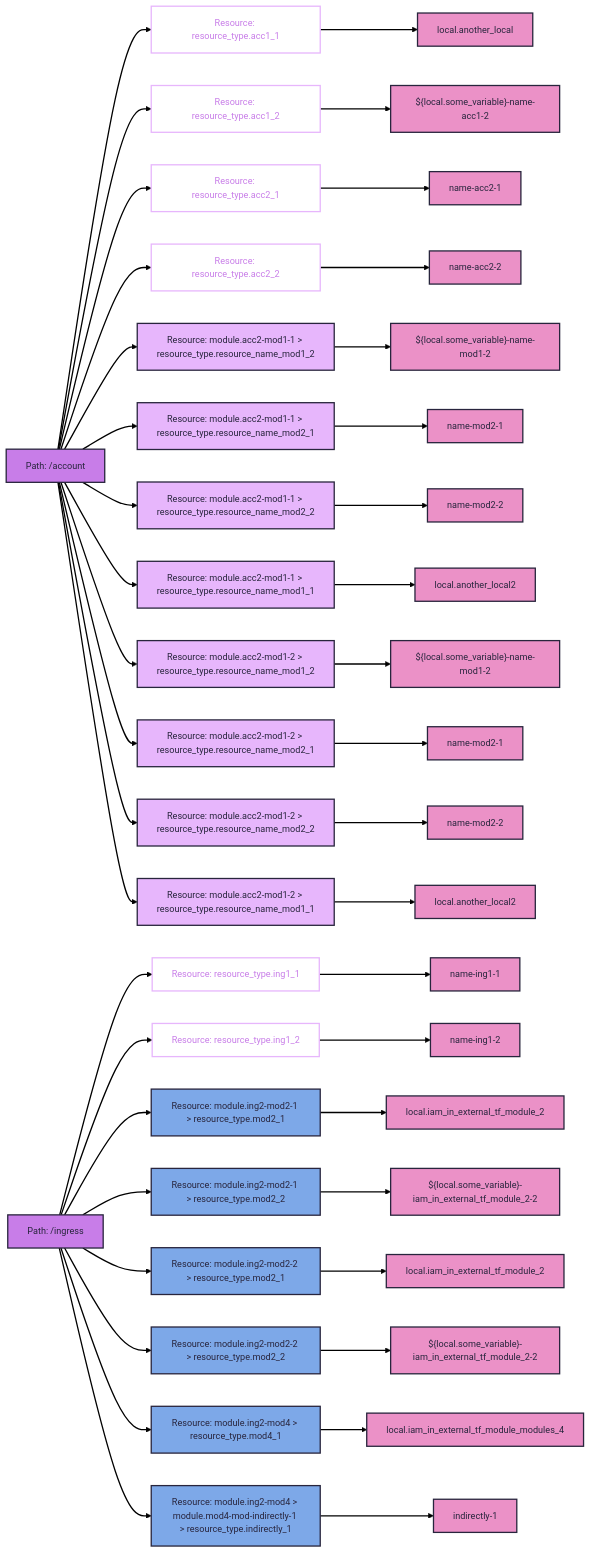
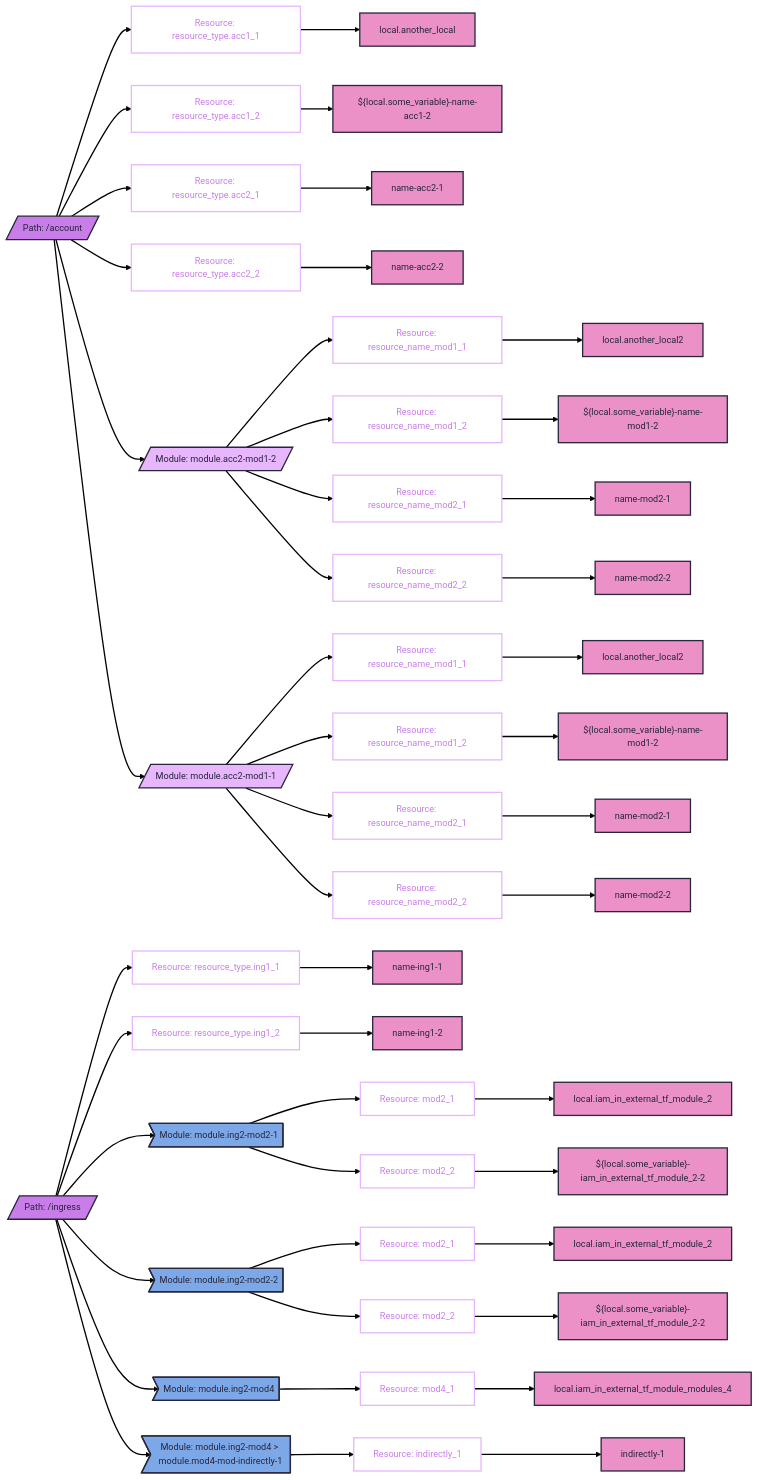
One commit to keenbytes/tfsketch changed the diagram in output.mmd. Above: the diagram before and after it, drawn with Mermaid. The commit also changed 1 other file, not shown here.

Commit message:
Separate modules from resources to see how that works

```diff
--- a/output.mmd
+++ b/output.mmd
@@ -1,30 +1,36 @@
 ---
 config:
   theme: redux
 ---
 flowchart LR
   classDef tf-path fill:#c87de8
   classDef tf-resource-name stroke:#e7b6fc,color:#c87de8
   classDef tf-resource-name-int-mod fill:#e7b6fc
   classDef tf-resource-name-ext-mod fill:#7da8e8
   classDef tf-resource-field-name fill:#eb91c7
-  account["Path: /account"]:::tf-path --> account___acc11["Resource: resource_type.acc1_1"]:::tf-resource-name --> account___acc11___FieldName["local.another_local"]:::tf-resource-field-name
-  account["Path: /account"]:::tf-path --> account___acc12["Resource: resource_type.acc1_2"]:::tf-resource-name --> account___acc12___FieldName["${local.some_variable}-name-acc1-2"]:::tf-resource-field-name
-  account["Path: /account"]:::tf-path --> account___acc21["Resource: resource_type.acc2_1"]:::tf-resource-name --> account___acc21___FieldName["name-acc2-1"]:::tf-resource-field-name
-  account["Path: /account"]:::tf-path --> account___acc22["Resource: resource_type.acc2_2"]:::tf-resource-name --> account___acc22___FieldName["name-acc2-2"]:::tf-resource-field-name
-  account["Path: /account"]:::tf-path --> account___mod___accountmodulesmodule1___acc2mod11___resourcenamemod12["Resource: module.acc2-mod1-1 > resource_type.resource_name_mod1_2"]:::tf-resource-name-int-mod --> account___mod___accountmodulesmodule1___acc2mod11___resourcenamemod12___FieldName["${local.some_variable}-name-mod1-2"]:::tf-resource-field-name
-  account["Path: /account"]:::tf-path --> account___mod___accountmodulesmodule1___acc2mod11___resourcenamemod21["Resource: module.acc2-mod1-1 > resource_type.resource_name_mod2_1"]:::tf-resource-name-int-mod --> account___mod___accountmodulesmodule1___acc2mod11___resourcenamemod21___FieldName["name-mod2-1"]:::tf-resource-field-name
-  account["Path: /account"]:::tf-path --> account___mod___accountmodulesmodule1___acc2mod11___resourcenamemod22["Resource: module.acc2-mod1-1 > resource_type.resource_name_mod2_2"]:::tf-resource-name-int-mod --> account___mod___accountmodulesmodule1___acc2mod11___resourcenamemod22___FieldName["name-mod2-2"]:::tf-resource-field-name
-  account["Path: /account"]:::tf-path --> account___mod___accountmodulesmodule1___acc2mod11___resourcenamemod11["Resource: module.acc2-mod1-1 > resource_type.resource_name_mod1_1"]:::tf-resource-name-int-mod --> account___mod___accountmodulesmodule1___acc2mod11___resourcenamemod11___FieldName["local.another_local2"]:::tf-resource-field-name
-  account["Path: /account"]:::tf-path --> account___mod___accountmodulesmodule1___acc2mod12___resourcenamemod12["Resource: module.acc2-mod1-2 > resource_type.resource_name_mod1_2"]:::tf-resource-name-int-mod --> account___mod___accountmodulesmodule1___acc2mod12___resourcenamemod12___FieldName["${local.some_variable}-name-mod1-2"]:::tf-resource-field-name
-  account["Path: /account"]:::tf-path --> account___mod___accountmodulesmodule1___acc2mod12___resourcenamemod21["Resource: module.acc2-mod1-2 > resource_type.resource_name_mod2_1"]:::tf-resource-name-int-mod --> account___mod___accountmodulesmodule1___acc2mod12___resourcenamemod21___FieldName["name-mod2-1"]:::tf-resource-field-name
-  account["Path: /account"]:::tf-path --> account___mod___accountmodulesmodule1___acc2mod12___resourcenamemod22["Resource: module.acc2-mod1-2 > resource_type.resource_name_mod2_2"]:::tf-resource-name-int-mod --> account___mod___accountmodulesmodule1___acc2mod12___resourcenamemod22___FieldName["name-mod2-2"]:::tf-resource-field-name
-  account["Path: /account"]:::tf-path --> account___mod___accountmodulesmodule1___acc2mod12___resourcenamemod11["Resource: module.acc2-mod1-2 > resource_type.resource_name_mod1_1"]:::tf-resource-name-int-mod --> account___mod___accountmodulesmodule1___acc2mod12___resourcenamemod11___FieldName["local.another_local2"]:::tf-resource-field-name
-  ingress["Path: /ingress"]:::tf-path --> ingress___ing11["Resource: resource_type.ing1_1"]:::tf-resource-name --> ingress___ing11___FieldName["name-ing1-1"]:::tf-resource-field-name
-  ingress["Path: /ingress"]:::tf-path --> ingress___ing12["Resource: resource_type.ing1_2"]:::tf-resource-name --> ingress___ing12___FieldName["name-ing1-2"]:::tf-resource-field-name
-  ingress["Path: /ingress"]:::tf-path --> ingress___mod___root___ing2mod21___mod21["Resource: module.ing2-mod2-1 > resource_type.mod2_1"]:::tf-resource-name-ext-mod --> ingress___mod___root___ing2mod21___mod21___FieldName["local.iam_in_external_tf_module_2"]:::tf-resource-field-name
-  ingress["Path: /ingress"]:::tf-path --> ingress___mod___root___ing2mod21___mod22["Resource: module.ing2-mod2-1 > resource_type.mod2_2"]:::tf-resource-name-ext-mod --> ingress___mod___root___ing2mod21___mod22___FieldName["${local.some_variable}-iam_in_external_tf_module_2-2"]:::tf-resource-field-name
-  ingress["Path: /ingress"]:::tf-path --> ingress___mod___root___ing2mod22___mod21["Resource: module.ing2-mod2-2 > resource_type.mod2_1"]:::tf-resource-name-ext-mod --> ingress___mod___root___ing2mod22___mod21___FieldName["local.iam_in_external_tf_module_2"]:::tf-resource-field-name
-  ingress["Path: /ingress"]:::tf-path --> ingress___mod___root___ing2mod22___mod22["Resource: module.ing2-mod2-2 > resource_type.mod2_2"]:::tf-resource-name-ext-mod --> ingress___mod___root___ing2mod22___mod22___FieldName["${local.some_variable}-iam_in_external_tf_module_2-2"]:::tf-resource-field-name
-  ingress["Path: /ingress"]:::tf-path --> ingress___mod___root___ing2mod4___mod41["Resource: module.ing2-mod4 > resource_type.mod4_1"]:::tf-resource-name-ext-mod --> ingress___mod___root___ing2mod4___mod41___FieldName["local.iam_in_external_tf_module_modules_4"]:::tf-resource-field-name
-  ingress["Path: /ingress"]:::tf-path --> ingress___mod___root___ing2mod4___mod4modindirectly1___indirectly1["Resource: module.ing2-mod4 > module.mod4-mod-indirectly-1 > resource_type.indirectly_1"]:::tf-resource-name-ext-mod --> ingress___mod___root___ing2mod4___mod4modindirectly1___indirectly1___FieldName["indirectly-1"]:::tf-resource-field-name
+  account[/"Path: /account"/]:::tf-path --> account___acc11["Resource: resource_type.acc1_1"]:::tf-resource-name --> account___acc11___FieldName["local.another_local"]:::tf-resource-field-name
+  account[/"Path: /account"/]:::tf-path --> account___acc12["Resource: resource_type.acc1_2"]:::tf-resource-name --> account___acc12___FieldName["${local.some_variable}-name-acc1-2"]:::tf-resource-field-name
+  account[/"Path: /account"/]:::tf-path --> account___acc21["Resource: resource_type.acc2_1"]:::tf-resource-name --> account___acc21___FieldName["name-acc2-1"]:::tf-resource-field-name
+  account[/"Path: /account"/]:::tf-path --> account___acc22["Resource: resource_type.acc2_2"]:::tf-resource-name --> account___acc22___FieldName["name-acc2-2"]:::tf-resource-field-name
+  account[/"Path: /account"/]:::tf-path --> account___mod___accountmodulesmodule1___acc2mod12[/"Module: module.acc2-mod1-2"/]:::tf-resource-name-int-mod
+  account___mod___accountmodulesmodule1___acc2mod12[/"Module: module.acc2-mod1-2"/]:::tf-resource-name-int-mod --> account___mod___accountmodulesmodule1___acc2mod12___resourcenamemod11["Resource: resource_name_mod1_1"]:::tf-resource-name --> account___mod___accountmodulesmodule1___acc2mod12___resourcenamemod11___FieldName["local.another_local2"]:::tf-resource-field-name
+  account___mod___accountmodulesmodule1___acc2mod12[/"Module: module.acc2-mod1-2"/]:::tf-resource-name-int-mod --> account___mod___accountmodulesmodule1___acc2mod12___resourcenamemod12["Resource: resource_name_mod1_2"]:::tf-resource-name --> account___mod___accountmodulesmodule1___acc2mod12___resourcenamemod12___FieldName["${local.some_variable}-name-mod1-2"]:::tf-resource-field-name
+  account___mod___accountmodulesmodule1___acc2mod12[/"Module: module.acc2-mod1-2"/]:::tf-resource-name-int-mod --> account___mod___accountmodulesmodule1___acc2mod12___resourcenamemod21["Resource: resource_name_mod2_1"]:::tf-resource-name --> account___mod___accountmodulesmodule1___acc2mod12___resourcenamemod21___FieldName["name-mod2-1"]:::tf-resource-field-name
+  account___mod___accountmodulesmodule1___acc2mod12[/"Module: module.acc2-mod1-2"/]:::tf-resource-name-int-mod --> account___mod___accountmodulesmodule1___acc2mod12___resourcenamemod22["Resource: resource_name_mod2_2"]:::tf-resource-name --> account___mod___accountmodulesmodule1___acc2mod12___resourcenamemod22___FieldName["name-mod2-2"]:::tf-resource-field-name
+  account[/"Path: /account"/]:::tf-path --> account___mod___accountmodulesmodule1___acc2mod11[/"Module: module.acc2-mod1-1"/]:::tf-resource-name-int-mod
+  account___mod___accountmodulesmodule1___acc2mod11[/"Module: module.acc2-mod1-1"/]:::tf-resource-name-int-mod --> account___mod___accountmodulesmodule1___acc2mod11___resourcenamemod11["Resource: resource_name_mod1_1"]:::tf-resource-name --> account___mod___accountmodulesmodule1___acc2mod11___resourcenamemod11___FieldName["local.another_local2"]:::tf-resource-field-name
+  account___mod___accountmodulesmodule1___acc2mod11[/"Module: module.acc2-mod1-1"/]:::tf-resource-name-int-mod --> account___mod___accountmodulesmodule1___acc2mod11___resourcenamemod12["Resource: resource_name_mod1_2"]:::tf-resource-name --> account___mod___accountmodulesmodule1___acc2mod11___resourcenamemod12___FieldName["${local.some_variable}-name-mod1-2"]:::tf-resource-field-name
+  account___mod___accountmodulesmodule1___acc2mod11[/"Module: module.acc2-mod1-1"/]:::tf-resource-name-int-mod --> account___mod___accountmodulesmodule1___acc2mod11___resourcenamemod21["Resource: resource_name_mod2_1"]:::tf-resource-name --> account___mod___accountmodulesmodule1___acc2mod11___resourcenamemod21___FieldName["name-mod2-1"]:::tf-resource-field-name
+  account___mod___accountmodulesmodule1___acc2mod11[/"Module: module.acc2-mod1-1"/]:::tf-resource-name-int-mod --> account___mod___accountmodulesmodule1___acc2mod11___resourcenamemod22["Resource: resource_name_mod2_2"]:::tf-resource-name --> account___mod___accountmodulesmodule1___acc2mod11___resourcenamemod22___FieldName["name-mod2-2"]:::tf-resource-field-name
+  ingress[/"Path: /ingress"/]:::tf-path --> ingress___ing11["Resource: resource_type.ing1_1"]:::tf-resource-name --> ingress___ing11___FieldName["name-ing1-1"]:::tf-resource-field-name
+  ingress[/"Path: /ingress"/]:::tf-path --> ingress___ing12["Resource: resource_type.ing1_2"]:::tf-resource-name --> ingress___ing12___FieldName["name-ing1-2"]:::tf-resource-field-name
+  ingress[/"Path: /ingress"/]:::tf-path --> ingress___mod___root___ing2mod21>"Module: module.ing2-mod2-1"]:::tf-resource-name-ext-mod
+  ingress___mod___root___ing2mod21>"Module: module.ing2-mod2-1"]:::tf-resource-name-ext-mod --> ingress___mod___root___ing2mod21___mod21["Resource: mod2_1"]:::tf-resource-name --> ingress___mod___root___ing2mod21___mod21___FieldName["local.iam_in_external_tf_module_2"]:::tf-resource-field-name
+  ingress___mod___root___ing2mod21>"Module: module.ing2-mod2-1"]:::tf-resource-name-ext-mod --> ingress___mod___root___ing2mod21___mod22["Resource: mod2_2"]:::tf-resource-name --> ingress___mod___root___ing2mod21___mod22___FieldName["${local.some_variable}-iam_in_external_tf_module_2-2"]:::tf-resource-field-name
+  ingress[/"Path: /ingress"/]:::tf-path --> ingress___mod___root___ing2mod22>"Module: module.ing2-mod2-2"]:::tf-resource-name-ext-mod
+  ingress___mod___root___ing2mod22>"Module: module.ing2-mod2-2"]:::tf-resource-name-ext-mod --> ingress___mod___root___ing2mod22___mod21["Resource: mod2_1"]:::tf-resource-name --> ingress___mod___root___ing2mod22___mod21___FieldName["local.iam_in_external_tf_module_2"]:::tf-resource-field-name
+  ingress___mod___root___ing2mod22>"Module: module.ing2-mod2-2"]:::tf-resource-name-ext-mod --> ingress___mod___root___ing2mod22___mod22["Resource: mod2_2"]:::tf-resource-name --> ingress___mod___root___ing2mod22___mod22___FieldName["${local.some_variable}-iam_in_external_tf_module_2-2"]:::tf-resource-field-name
+  ingress[/"Path: /ingress"/]:::tf-path --> ingress___mod___root___ing2mod4>"Module: module.ing2-mod4"]:::tf-resource-name-ext-mod
+  ingress___mod___root___ing2mod4>"Module: module.ing2-mod4"]:::tf-resource-name-ext-mod --> ingress___mod___root___ing2mod4___mod41["Resource: mod4_1"]:::tf-resource-name --> ingress___mod___root___ing2mod4___mod41___FieldName["local.iam_in_external_tf_module_modules_4"]:::tf-resource-field-name
+  ingress[/"Path: /ingress"/]:::tf-path --> ingress___mod___root___ing2mod4___mod4modindirectly1>"Module: module.ing2-mod4 > module.mod4-mod-indirectly-1"]:::tf-resource-name-ext-mod
+  ingress___mod___root___ing2mod4___mod4modindirectly1>"Module: module.ing2-mod4 > module.mod4-mod-indirectly-1"]:::tf-resource-name-ext-mod --> ingress___mod___root___ing2mod4___mod4modindirectly1___indirectly1["Resource: indirectly_1"]:::tf-resource-name --> ingress___mod___root___ing2mod4___mod4modindirectly1___indirectly1___FieldName["indirectly-1"]:::tf-resource-field-name
```
